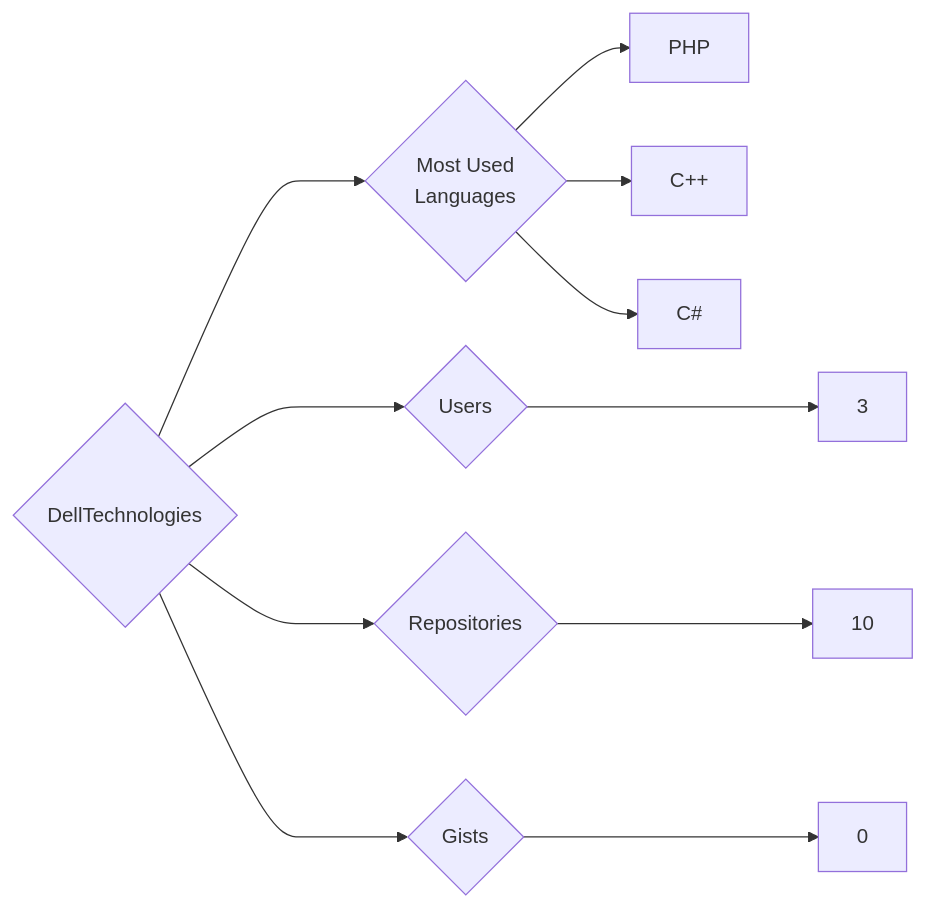
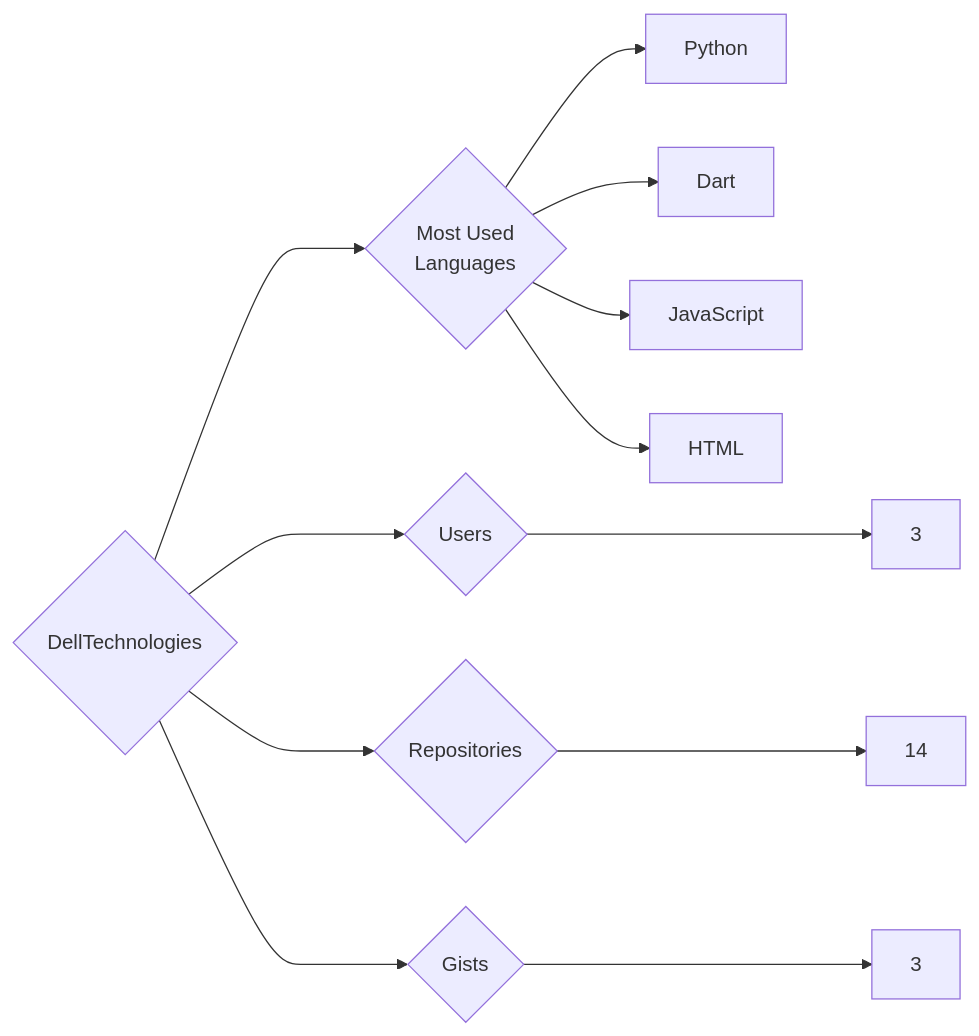
The diagram in targets/DellTechnologies/README.md (trickest/insiders), drawn with Mermaid before and after one commit. The commit also changed 1092 other files, not shown here.

````diff
--- a/targets/DellTechnologies/README.md
+++ b/targets/DellTechnologies/README.md
@@ -3,11 +3,12 @@
 ```mermaid
 graph LR
 COMPANY_NAME{DellTechnologies}
 COMPANY_NAME ---> U{Users} ---> UN[3]
-COMPANY_NAME ---> R{Repositories} ---> RN[10]
-COMPANY_NAME ---> G{Gists} ---> GN[0]
+COMPANY_NAME ---> R{Repositories} ---> RN[14]
+COMPANY_NAME ---> G{Gists} ---> GN[3]
 COMPANY_NAME ---> ML{Most Used<br>Languages}
-ML --> PHP[PHP]
-ML --> C++[C++]
-ML --> C#[C#]
+ML --> Python[Python]
+ML --> Dart[Dart]
+ML --> JavaScript[JavaScript]
+ML --> HTML[HTML]
 ```
````
